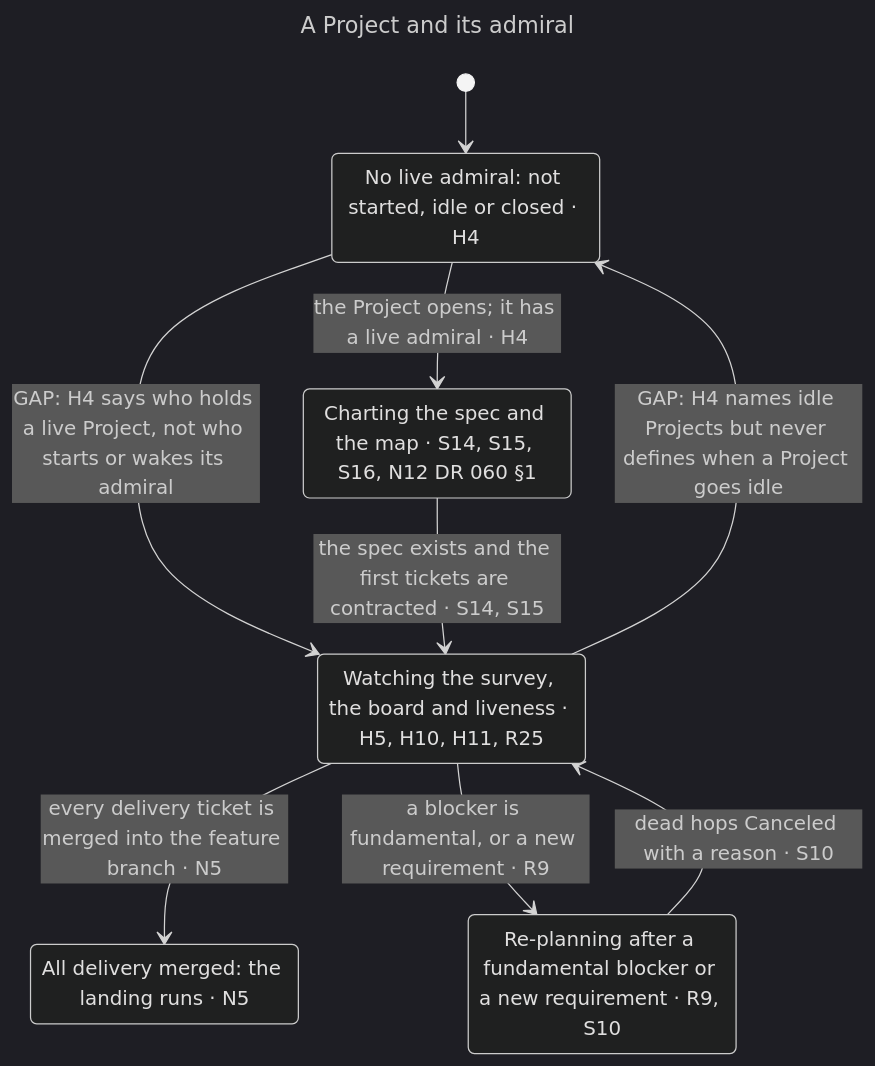
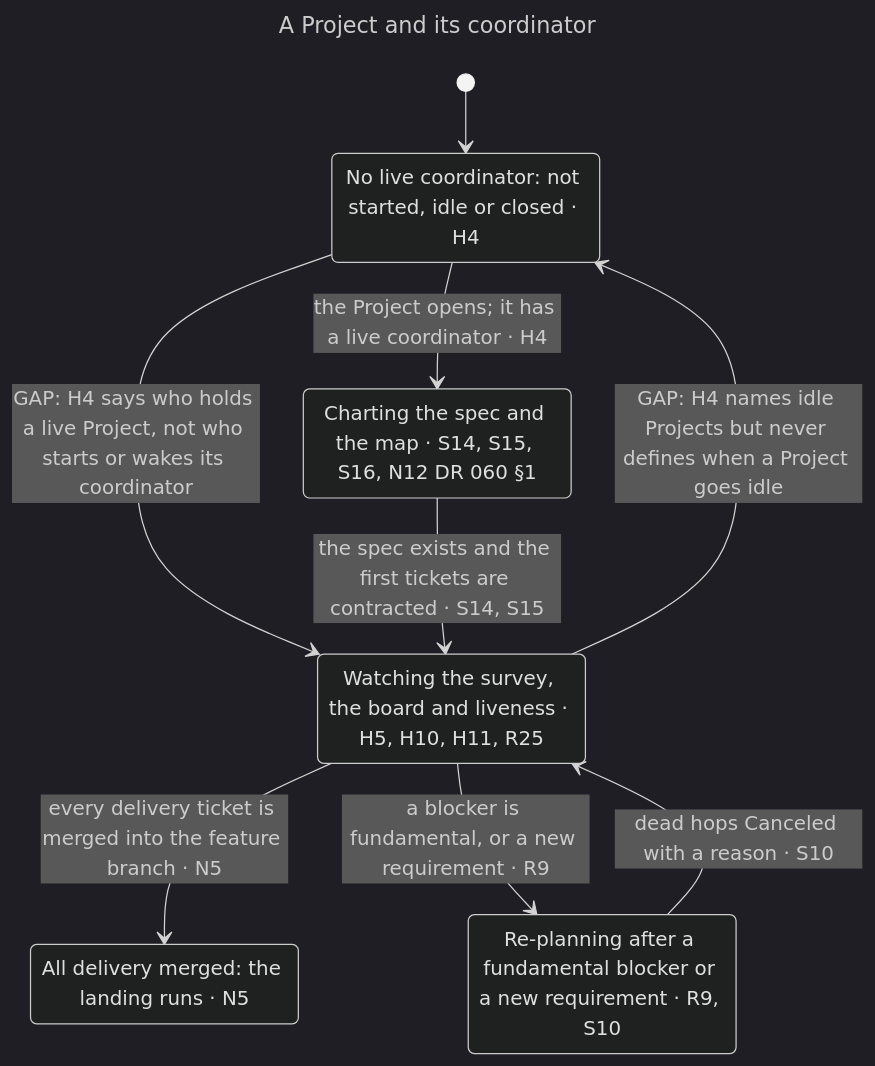
The diagram in claims/statechart/project/chart.mmd (BalazsOrg/dydo), drawn with Mermaid (dark theme) before and after one commit. The commit also changed 212 other files, not shown here.

```diff
--- a/claims/statechart/project/chart.mmd
+++ b/claims/statechart/project/chart.mmd
@@ -1,17 +1,17 @@
 ---
-title: "A Project and its admiral"
+title: "A Project and its coordinator"
 ---
 stateDiagram-v2
-  s0: No live admiral: not started, idle or closed #183; H4
+  s0: No live coordinator: not started, idle or closed #183; H4
   s1: Charting the spec and the map #183; S14, S15, S16, N12 DR 060 #167;1
   s2: Watching the survey, the board and liveness #183; H5, H10, H11, R25
   s3: All delivery merged: the landing runs #183; N5
   s4: Re-planning after a fundamental blocker or a new requirement #183; R9, S10
   [*] --> s0
-  s0 --> s1: the Project opens#59; it has a live admiral #183; H4
-  s0 --> s2: GAP: H4 says who holds a live Project, not who starts or wakes its admiral
+  s0 --> s1: the Project opens#59; it has a live coordinator #183; H4
+  s0 --> s2: GAP: H4 says who holds a live Project, not who starts or wakes its coordinator
   s1 --> s2: the spec exists and the first tickets are contracted #183; S14, S15
   s2 --> s0: GAP: H4 names idle Projects but never defines when a Project goes idle
   s2 --> s3: every delivery ticket is merged into the feature branch #183; N5
   s2 --> s4: a blocker is fundamental, or a new requirement #183; R9
   s4 --> s2: dead hops Canceled with a reason #183; S10
```
